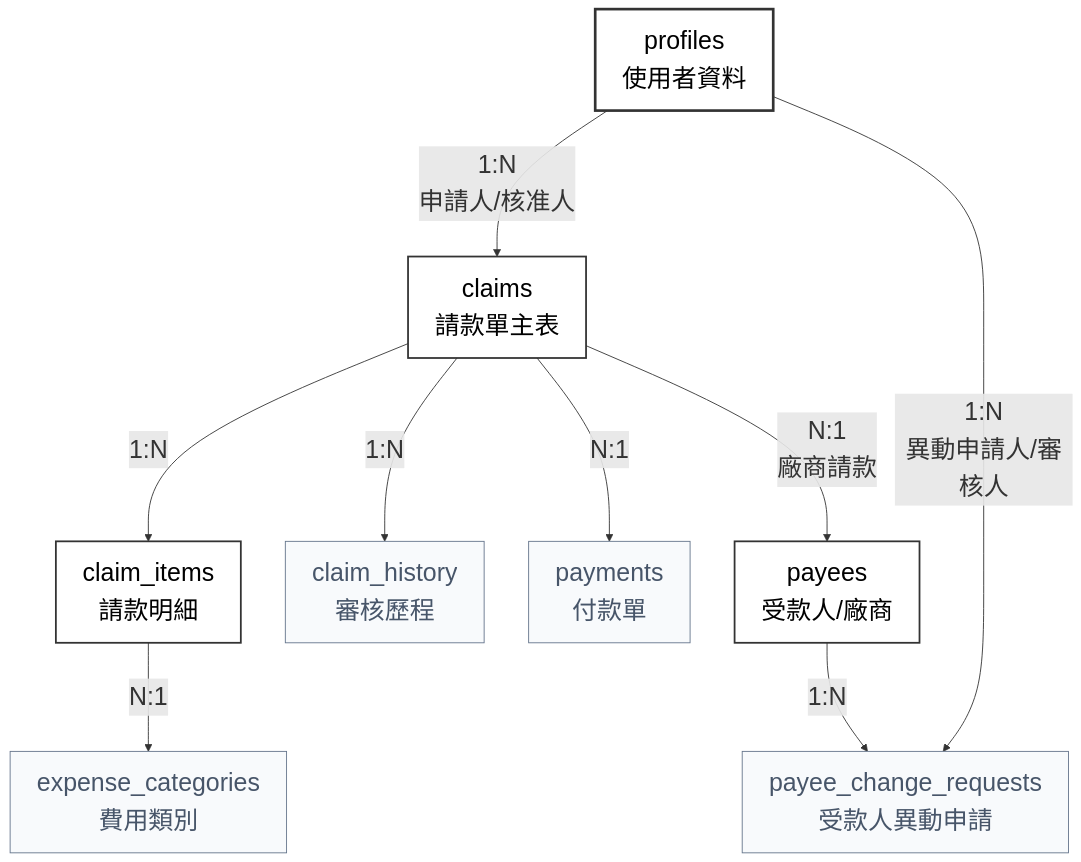
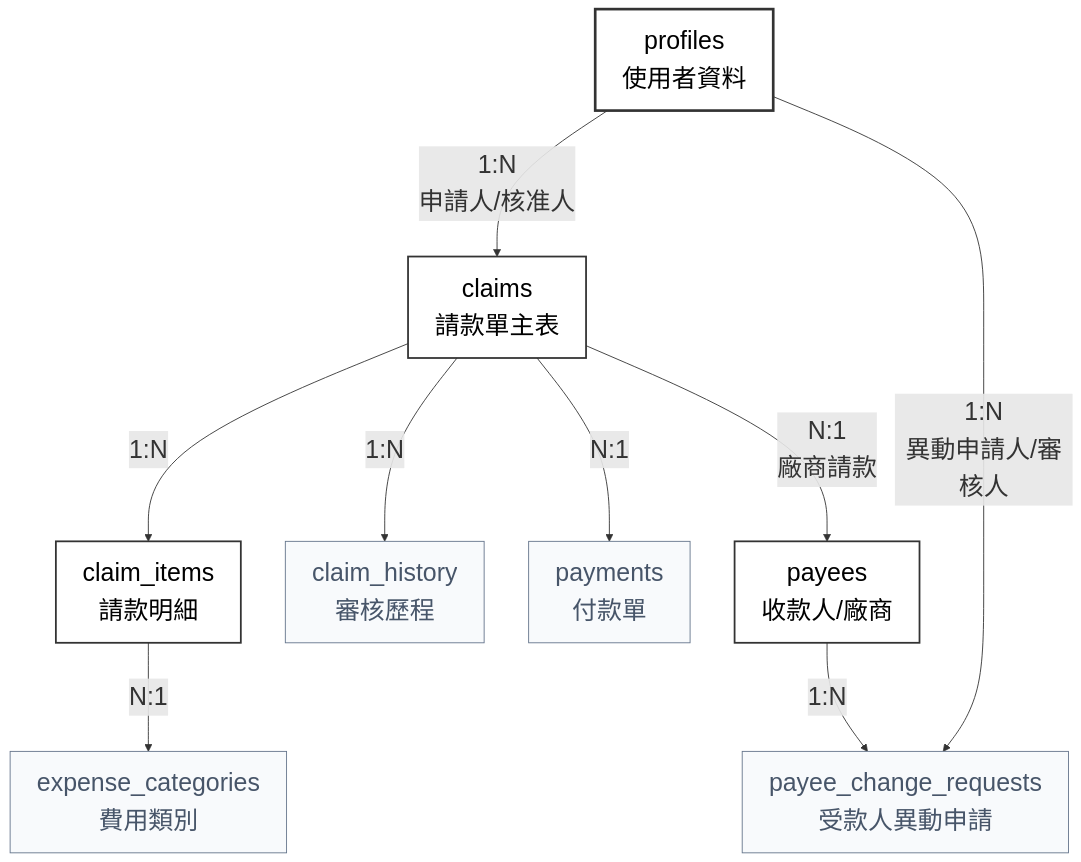
One commit to cando-yeh/payment changed the diagram in 參考文件/03_資料庫與資料規約.md. Above: the diagram before and after it, drawn with Mermaid. The commit also changed other lines of this file and 21 other files, not shown here.

````diff
--- a/參考文件/03_資料庫與資料規約.md
+++ b/參考文件/03_資料庫與資料規約.md
@@ -43,30 +43,30 @@
 ```mermaid
 %%{init: { 'flowchart': { 'nodeSpacing': 50, 'rankSpacing': 80 }, 'themeVariables': { 'fontSize': '28px', 'fontFamily': 'arial' } } }%%
 graph TD
     Profiles[profiles<br/>使用者資料]:::mainStyle
     Claims[claims<br/>請款單主表]:::mainStyle
     Items[claim_items<br/>請款明細]:::mainStyle
     History[claim_history<br/>審核歷程]:::subStyle
     Payments[payments<br/>付款單]:::subStyle
-    Payees[payees<br/>受款人/廠商]:::mainStyle
+    Payees[payees<br/>收款人/廠商]:::mainStyle
     PayeeChanges[payee_change_requests<br/>受款人異動申請]:::subStyle
     Categories[expense_categories<br/>費用類別]:::subStyle
 
     %% 關聯關係
     Profiles -- "1:N<br/>申請人/核准人" --> Claims
     Claims -- "1:N" --> Items
     Claims -- "1:N" --> History
     Claims -- "N:1" --> Payments
     Claims -- "N:1<br/>廠商請款" --> Payees
     
     Items -- "N:1" --> Categories
     
     Profiles -- "1:N<br/>異動申請人/審核人" --> PayeeChanges
     Payees -- "1:N" --> PayeeChanges
 
     %% 樣式定義
     classDef mainStyle fill:#ffffff,stroke:#333,stroke-width:2px,color:#000;
     classDef subStyle fill:#f8fafc,stroke:#64748b,stroke-width:1px,color:#475569;
 
     style Profiles stroke-width:3px
 ```
````
